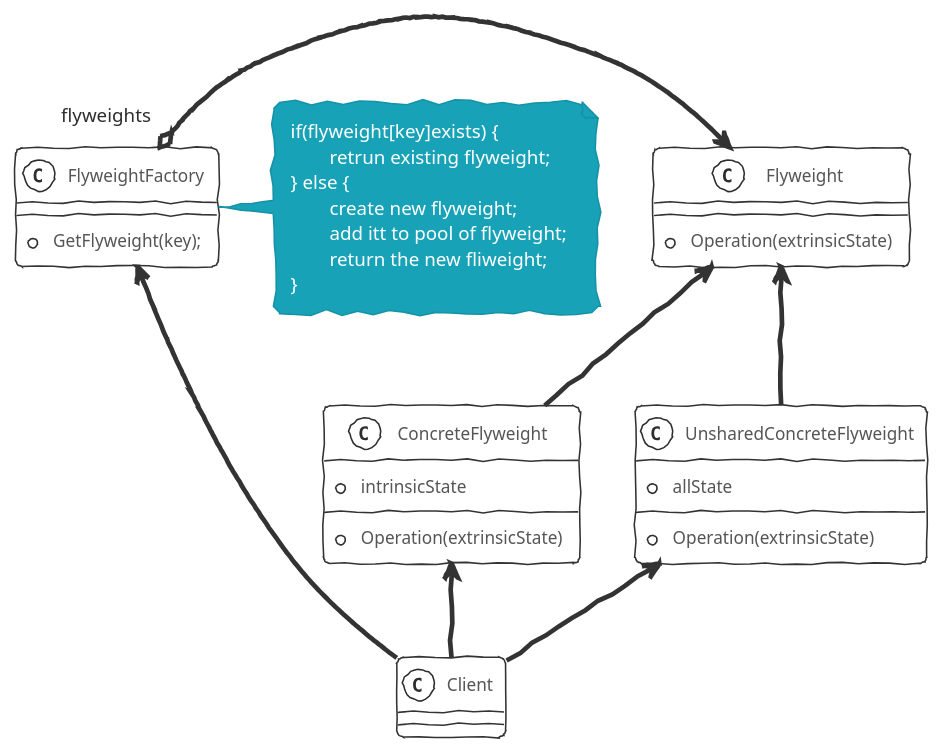
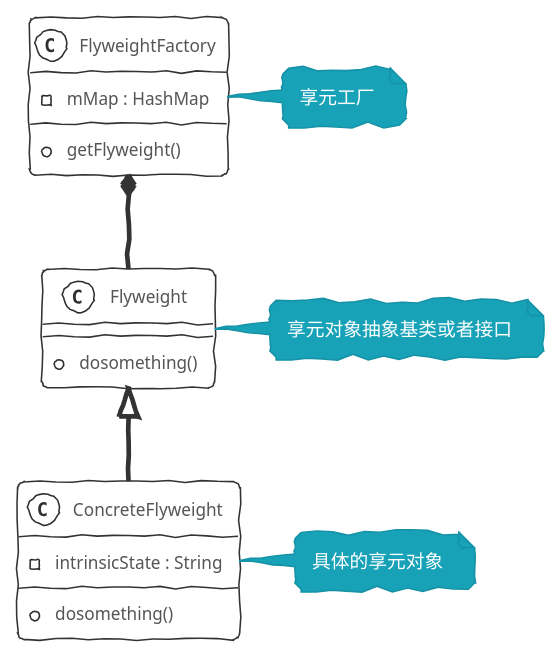
The diagram in source/_posts/DesignPatterns/flyweight.md (xiahubs/xiahubs.github.io), drawn with PlantUML before and after one commit. The commit also changed 18 other files, not shown here.

```diff
--- a/source/_posts/DesignPatterns/flyweight.md
+++ b/source/_posts/DesignPatterns/flyweight.md
@@ -8,38 +8,27 @@
 {% plantuml %}
 !theme sketchy-outline
 
-class FlyweightFactory {
-	+ GetFlyweight(key);
+class FlyweightFactory
+{
+	- mMap : HashMap
+	+ getFlyweight()
 }
-note right of FlyweightFactory
-if(flyweight[key]exists) {
-	retrun existing flyweight;
-} else {
-	create new flyweight;
-	add itt to pool of flyweight;
-	return the new fliweight;
+note right: 享元工厂
+
+class Flyweight
+{
+	+ dosomething()
 }
-end note
-class Client {
+note right: 享元对象抽象基类或者接口
 
+class ConcreteFlyweight
+{
+	- intrinsicState : String
+	+ dosomething()
 }
-class ConcreteFlyweight {
-	+ Operation(extrinsicState)
-	+ intrinsicState
-}
-class UnsharedConcreteFlyweight {
-	+ Operation(extrinsicState)
-	+ allState
-}
-class Flyweight {
-	+ Operation(extrinsicState)
-}
+note right: 具体的享元对象
 
-FlyweightFactory "flyweights" o-right-> Flyweight
-Client -up-> FlyweightFactory
-Client -up-> ConcreteFlyweight
-Client -up-> UnsharedConcreteFlyweight
-ConcreteFlyweight -up-> Flyweight
-UnsharedConcreteFlyweight -up-> Flyweight
+FlyweightFactory *-- Flyweight
+Flyweight <|-- ConcreteFlyweight
 
 {% endplantuml %}
```
